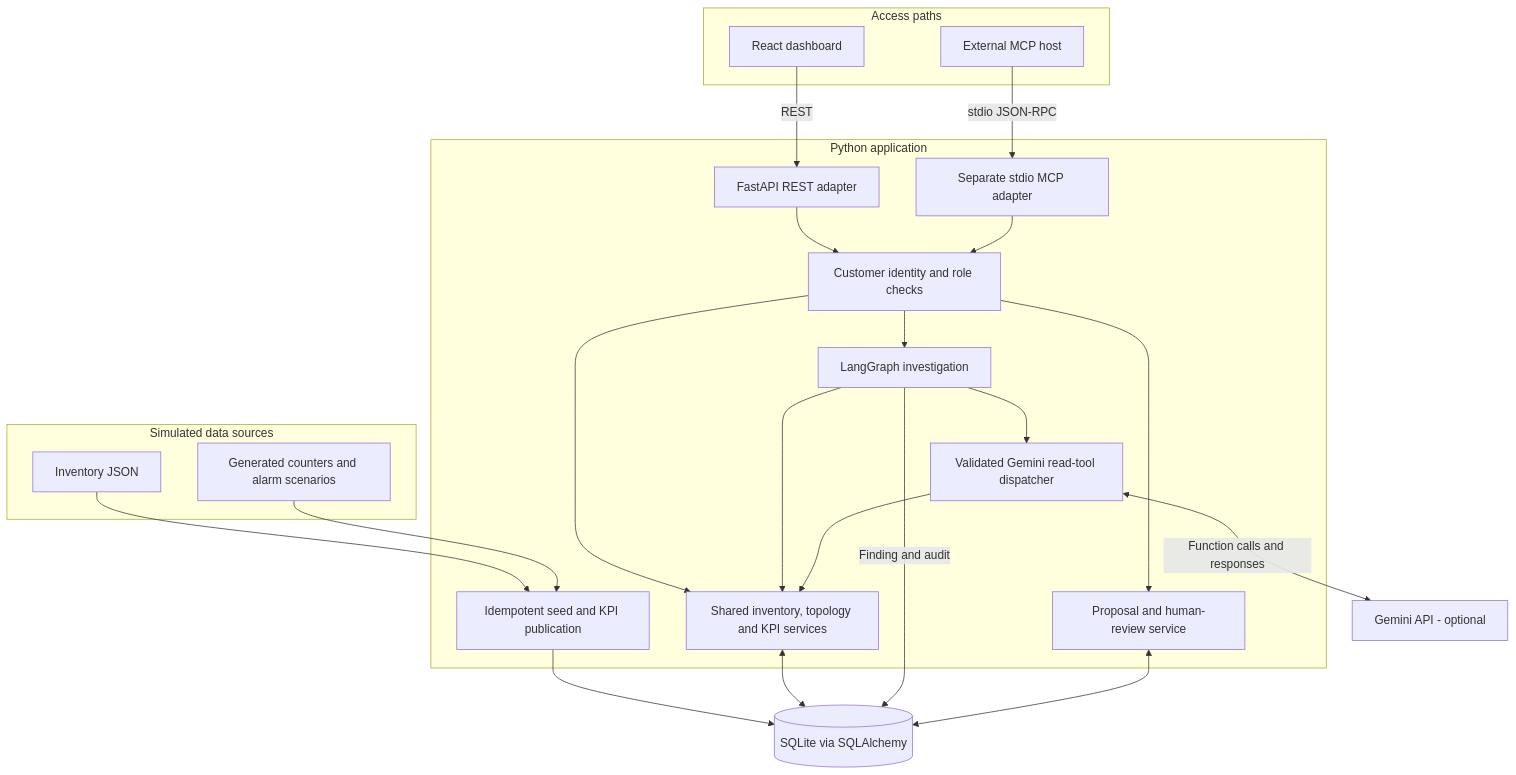
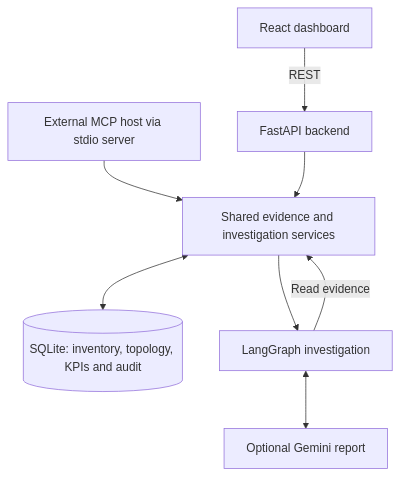
One commit to heisenlord/signal_networkintellegence changed the first of 2 diagrams in README.md. Above: the diagram before and after it, drawn with Mermaid. The commit also changed other lines of this file, not shown here.

Commit message:
docs: simplify README and reduce diagrams

````diff
--- a/README.md
+++ b/README.md
@@ -55,41 +17,10 @@
 ```mermaid
-flowchart TB
-    subgraph Sources["Simulated data sources"]
-        Inventory["Inventory JSON"]
-        Generated["Generated counters and alarm scenarios"]
-    end
-    subgraph Experience["Access paths"]
-        UI["React dashboard"]
-        Host["External MCP host"]
-    end
-    subgraph Backend["Python application"]
-        API["FastAPI REST adapter"]
-        MCP["Separate stdio MCP adapter"]
-        Scope["Customer identity and role checks"]
-        Reads["Shared inventory, topology and KPI services"]
-        Workflow["LangGraph investigation"]
-        Dispatcher["Validated Gemini read-tool dispatcher"]
-        Review["Proposal and human-review service"]
-        Seed["Idempotent seed and KPI publication"]
-    end
-    DB[("SQLite via SQLAlchemy")]
-    Gemini["Gemini API - optional"]
-
-    Inventory --> Seed
-    Generated --> Seed
-    Seed --> DB
-    UI -->|REST| API
-    Host -->|stdio JSON-RPC| MCP
-    API --> Scope
-    MCP --> Scope
-    Scope --> Reads
-    Scope --> Workflow
-    Scope --> Review
-    Workflow --> Reads
-    Workflow --> Dispatcher
-    Dispatcher <-->|Function calls and responses| Gemini
-    Dispatcher --> Reads
-    Reads <--> DB
-    Workflow -->|Finding and audit| DB
-    Review <--> DB
+flowchart TD
+    UI["React dashboard"] -->|REST| API["FastAPI backend"]
+    MCP["External MCP host via stdio server"] --> Services["Shared evidence and investigation services"]
+    API --> Services
+    Services <--> DB[("SQLite: inventory, topology, KPIs and audit")]
+    Services --> Agent["LangGraph investigation"]
+    Agent -->|Read evidence| Services
+    Agent <--> Gemini["Optional Gemini report"]
 ```
````
